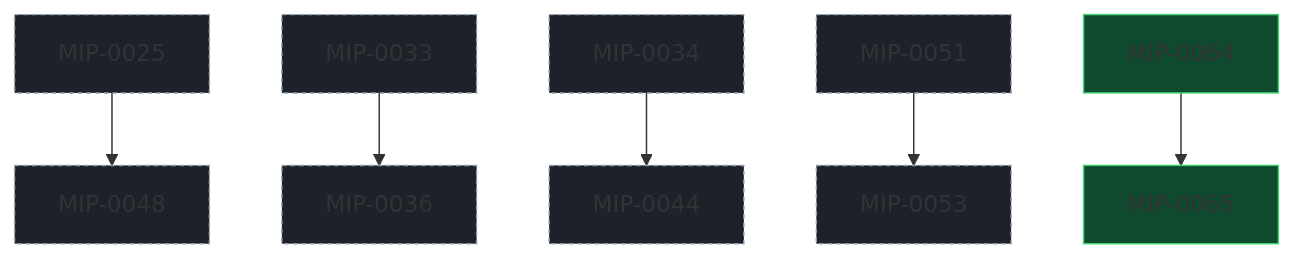
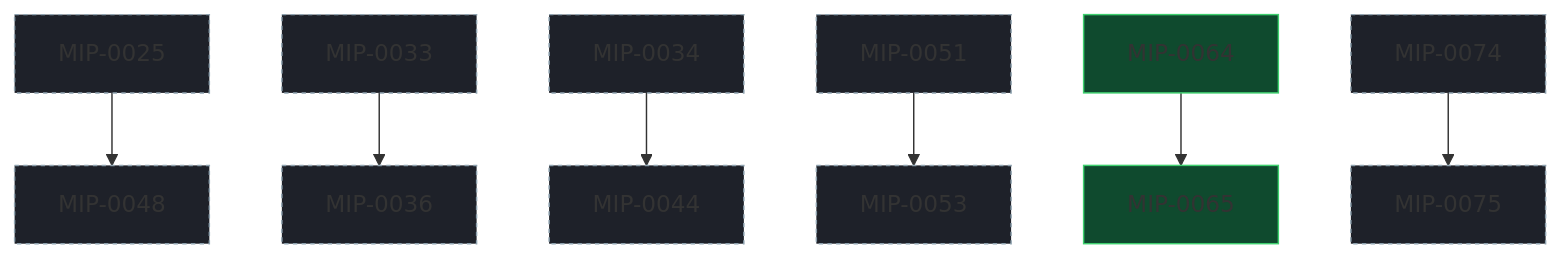
The diagram in docs/MIPs/README.md (marola-dev/marola), drawn with Mermaid before and after one commit. The commit also changed other lines of this file and 2 other files, not shown here.

Commit message:
MIP-0075: agent routing tooling — generated wiring table, offline symbol graph
The follow-up MIP-0074 §11 named. Two offline spikes (0 tokens, no network) found
graphify answers only "where is symbol X" (3 of 8 real questions) and cannot see the
cross-repo wiring; a ~200-line extractor emitting a Markdown table answers the other 5.
So: a devkit `wiring` extractor writing a --check-gated generated block in REPOS.md,
a devkit `graph` tool over nixpkgs' graphify (offline, keyless, GRAPHIFY_OUT outside
the checkout, --budget 400), and a routing skill. Records the maintainer's decisions:
the block lives in REPOS.md, every repo sends submodule-updated on each push to main,
marola-ml's image stays. Both spike reports are the appendix.

Tested: python3 scripts/mip_graph.py --check (current); relative links resolve; just quality and the docs build not run (no nix in this shell)
Cost: ~$2.13 · 4.4M tokens, 98% cache reads (claude-opus-5-5) · this session incl. spike 2; spike 1 is in MIP-0074's session · scripts/cost-split.py 2026-10-03

````diff
--- a/docs/MIPs/README.md
+++ b/docs/MIPs/README.md
@@ -91,22 +92,25 @@
 ```mermaid
 flowchart TD
   classDef draft fill:#1e2129,stroke:#8fa3b0,stroke-dasharray:3 3;
   classDef accepted fill:#0b4261,stroke:#1ac5da;
   classDef implemented fill:#0f4a2e,stroke:#3ecf6e;
   classDef rejected fill:#2a2d35,stroke:#666,color:#999;
   M0025["MIP-0025"]:::draft
   M0033["MIP-0033"]:::draft
   M0034["MIP-0034"]:::draft
   M0036["MIP-0036"]:::draft
   M0044["MIP-0044"]:::draft
   M0048["MIP-0048"]:::draft
   M0051["MIP-0051"]:::draft
   M0053["MIP-0053"]:::draft
   M0064["MIP-0064"]:::implemented
   M0065["MIP-0065"]:::implemented
+  M0074["MIP-0074"]:::draft
+  M0075["MIP-0075"]:::draft
   M0025 --> M0048
   M0033 --> M0036
   M0034 --> M0044
   M0051 --> M0053
   M0064 --> M0065
+  M0074 --> M0075
 ```
````
